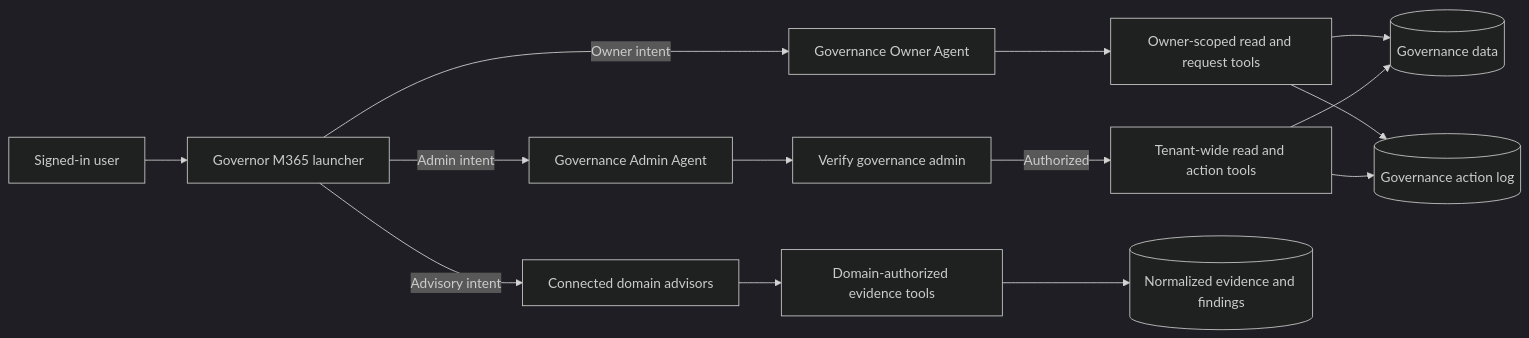
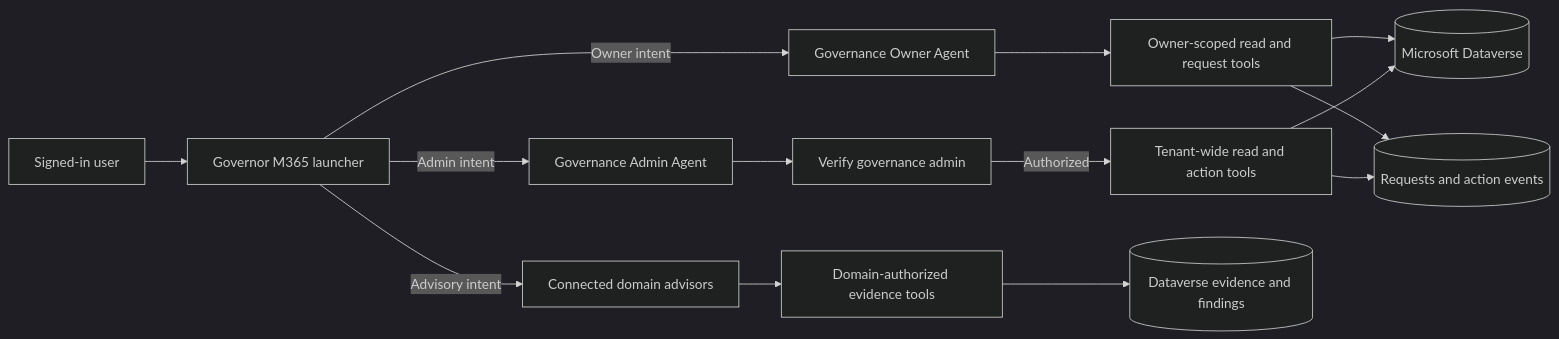
One commit to sofiane-ben80/M365GovAIAgent changed the diagram in docs/architecture.md. Above: the diagram before and after it, drawn with Mermaid (dark theme). The commit also changed other lines of this file and 71 other files, not shown here.

````diff
--- a/docs/architecture.md
+++ b/docs/architecture.md
@@ -7,16 +11,16 @@
 ```mermaid
 flowchart LR
     User[Signed-in user] --> Launcher[Governor M365 launcher]
     Launcher -->|Owner intent| Owner[Governance Owner Agent]
     Launcher -->|Admin intent| Admin[Governance Admin Agent]
     Launcher -->|Advisory intent| Advisors[Connected domain advisors]
     Owner --> OwnerTools[Owner-scoped read and request tools]
     Admin --> Verify[Verify governance admin]
     Verify -->|Authorized| AdminTools[Tenant-wide read and action tools]
     Advisors --> Broker[Domain-authorized evidence tools]
-    OwnerTools --> Data[(Governance data)]
+    OwnerTools --> Data[(Microsoft Dataverse)]
     AdminTools --> Data
-    Broker --> Evidence[(Normalized evidence and findings)]
-    OwnerTools --> Audit[(Governance action log)]
+    Broker --> Evidence[(Dataverse evidence and findings)]
+    OwnerTools --> Audit[(Requests and action events)]
     AdminTools --> Audit
 ```
````
